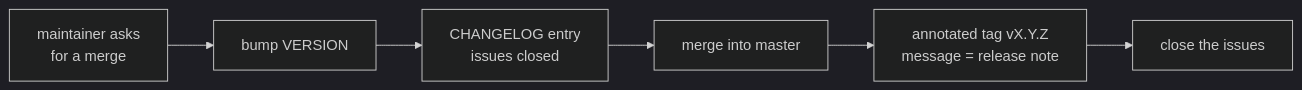
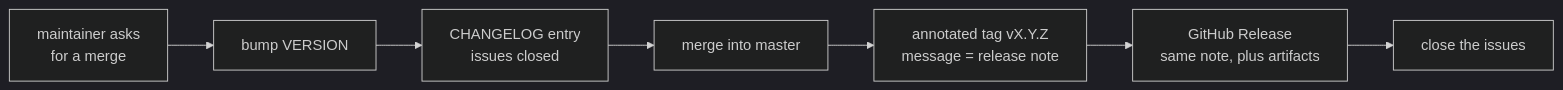
One commit to andrediashexa/prismarouting changed the second of 2 diagrams in CONTRIBUTING.md. Above: the diagram before and after it, drawn with Mermaid (dark theme). The commit also changed other lines of this file and 4 other files, not shown here.

````diff
--- a/CONTRIBUTING.md
+++ b/CONTRIBUTING.md
@@ -194,8 +201,9 @@
 ```mermaid
 flowchart LR
     A["maintainer asks<br/>for a merge"] --> B["bump VERSION"]
     B --> C["CHANGELOG entry<br/>issues closed"]
     C --> D["merge into master"]
     D --> E["annotated tag vX.Y.Z<br/>message = release note"]
-    E --> F["close the issues"]
+    E --> F["GitHub Release<br/>same note, plus artifacts"]
+    F --> G["close the issues"]
 ```
````
